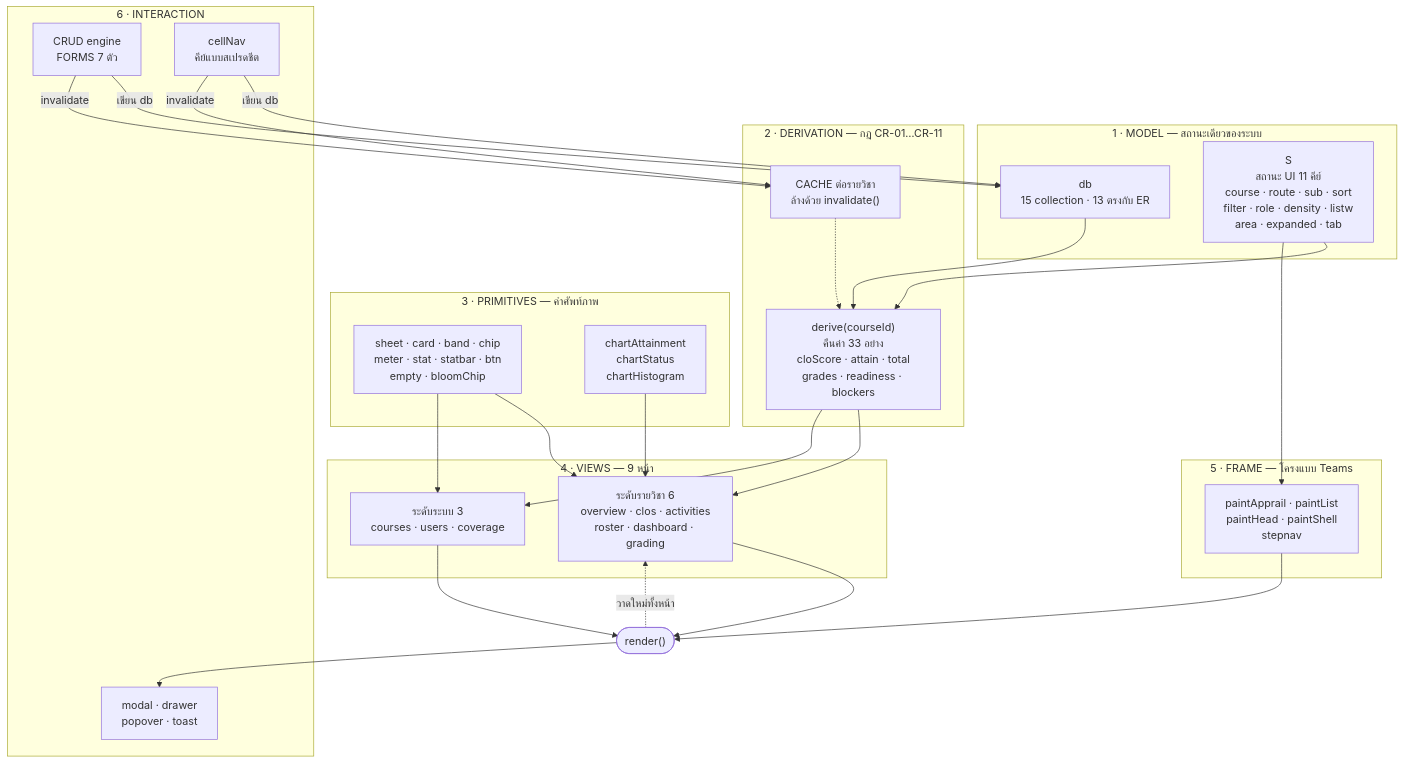
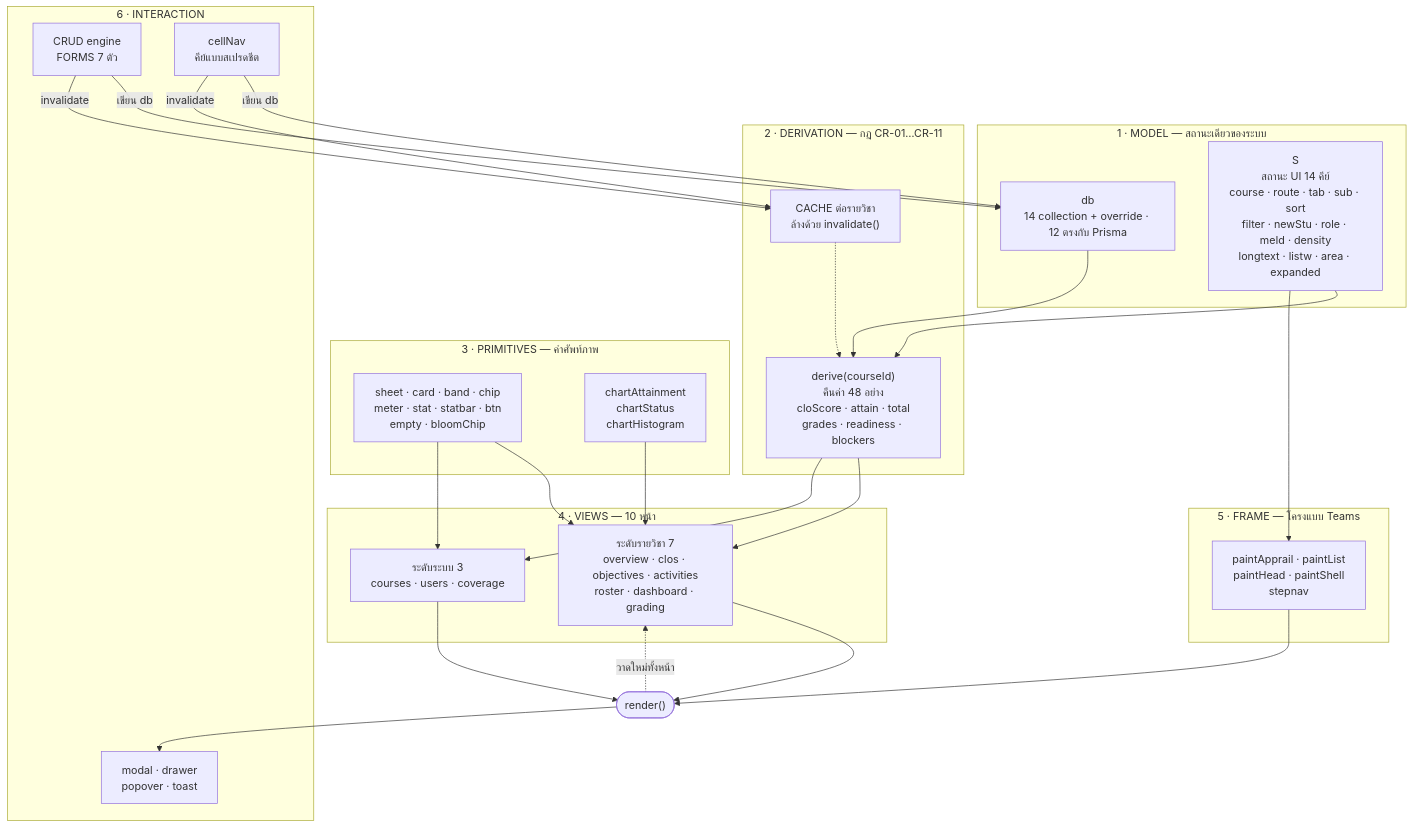
Before and after one commit to SIET-KMITL-INCEPTIO/CMAS-CLO: the third of 11 diagrams in docs/uml/index-q/index-q-architecture.md, drawn with Mermaid. The commit also changed other lines of this file and 37 other files, not shown here.

First line of the commit message:
Refactor UML and ER diagrams for improved accuracy and clarity

````diff
--- a/docs/uml/index-q/index-q-architecture.md
+++ b/docs/uml/index-q/index-q-architecture.md
@@ -187,46 +224,46 @@
 ```mermaid
 flowchart TB
     subgraph L1["1 · MODEL — สถานะเดียวของระบบ"]
-        DB["db<br/>15 collection · 13 ตรงกับ ER"]
-        ST["S<br/>สถานะ UI 11 คีย์<br/>course · route · sub · sort<br/>filter · role · density · listw<br/>area · expanded · tab"]
+        DB["db<br/>14 collection + override · 12 ตรงกับ Prisma"]
+        ST["S<br/>สถานะ UI 14 คีย์<br/>course · route · tab · sub · sort<br/>filter · newStu · role · meId · density<br/>longtext · listw · area · expanded"]
     end
 
     subgraph L2["2 · DERIVATION — กฎ CR-01…CR-11"]
-        DER["derive(courseId)<br/>คืนค่า 33 อย่าง<br/>cloScore · attain · total<br/>grades · readiness · blockers"]
+        DER["derive(courseId)<br/>คืนค่า 48 อย่าง<br/>cloScore · attain · total<br/>grades · readiness · blockers"]
         CACHE["CACHE ต่อรายวิชา<br/>ล้างด้วย invalidate()"]
     end
 
     subgraph L3["3 · PRIMITIVES — คำศัพท์ภาพ"]
         UI["sheet · card · band · chip<br/>meter · stat · statbar · btn<br/>empty · bloomChip"]
         CH["chartAttainment<br/>chartStatus<br/>chartHistogram"]
     end
 
-    subgraph L4["4 · VIEWS — 9 หน้า"]
-        VC["ระดับรายวิชา 6<br/>overview · clos · activities<br/>roster · dashboard · grading"]
+    subgraph L4["4 · VIEWS — 10 หน้า"]
+        VC["ระดับรายวิชา 7<br/>overview · clos · objectives · activities<br/>roster · dashboard · grading"]
         VS["ระดับระบบ 3<br/>courses · users · coverage"]
     end
 
     subgraph L5["5 · FRAME — โครงแบบ Teams"]
         FR["paintApprail · paintList<br/>paintHead · paintShell<br/>stepnav"]
     end
 
     subgraph L6["6 · INTERACTION"]
         CRUD["CRUD engine<br/>FORMS 7 ตัว"]
         NAV["cellNav<br/>คีย์แบบสเปรดชีต"]
         OV["modal · drawer<br/>popover · toast"]
     end
 
     DB --> DER --> VC & VS
     ST --> DER
     ST --> FR
     CACHE -.-> DER
     UI --> VC & VS
     CH --> VC
     VC & VS --> R(["render()"])
     FR --> R
     CRUD -->|"เขียน db"| DB
     NAV -->|"เขียน db"| DB
     CRUD & NAV -->|invalidate| CACHE
     R --> OV
     R -.->|"วาดใหม่ทั้งหน้า"| VC
 ```
````
